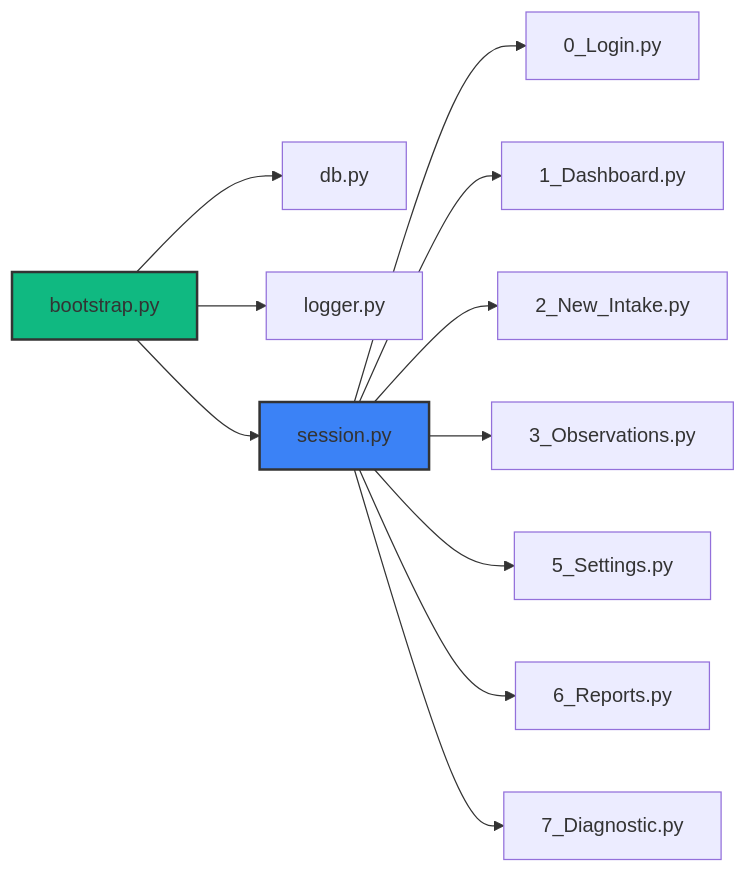
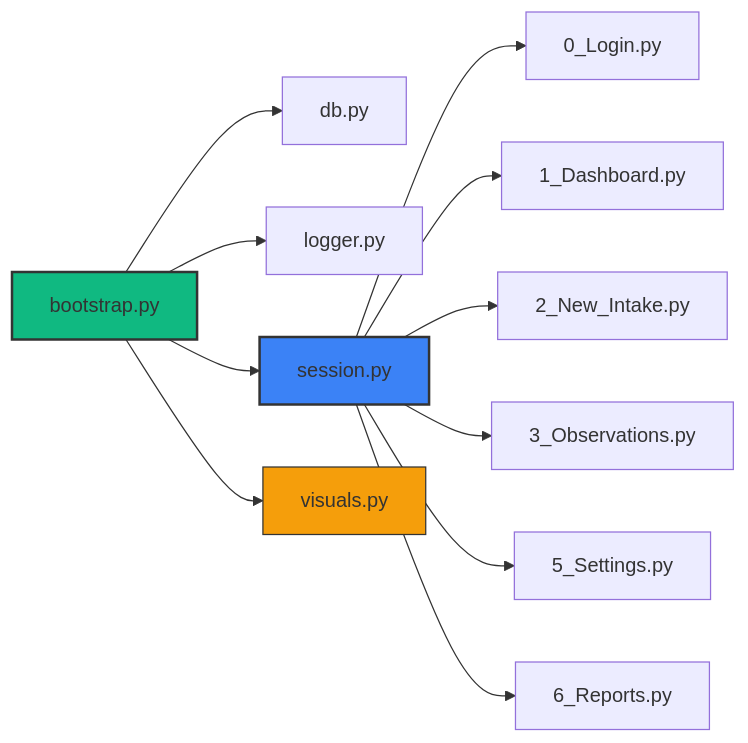
The second of 2 diagrams in SYSTEM_DESIGN_SPEC.md (khowland/turtle-egg-incubator-vault), drawn with Mermaid before and after one commit. The commit also changed other lines of this file and 18 other files, not shown here.

````diff
--- a/SYSTEM_DESIGN_SPEC.md
+++ b/SYSTEM_DESIGN_SPEC.md
@@ -36,17 +36,18 @@
 ```mermaid
 graph LR
     BS[bootstrap.py] --> DB[db.py]
     BS --> SL[logger.py]
     BS --> SS[session.py]
+    BS --> VS[visuals.py]
     
     SS --> L[0_Login.py]
     SS --> D[1_Dashboard.py]
     SS --> I[2_New_Intake.py]
     SS --> O[3_Observations.py]
     SS --> S[5_Settings.py]
     SS --> R[6_Reports.py]
-    SS --> DG[7_Diagnostic.py]
 
     style BS fill:#10b981,stroke:#333,stroke-width:2px
     style SS fill:#3b82f6,stroke:#333,stroke-width:2px
+    style VS fill:#f59e0b,stroke:#333,stroke-width:1px
 ```
````
